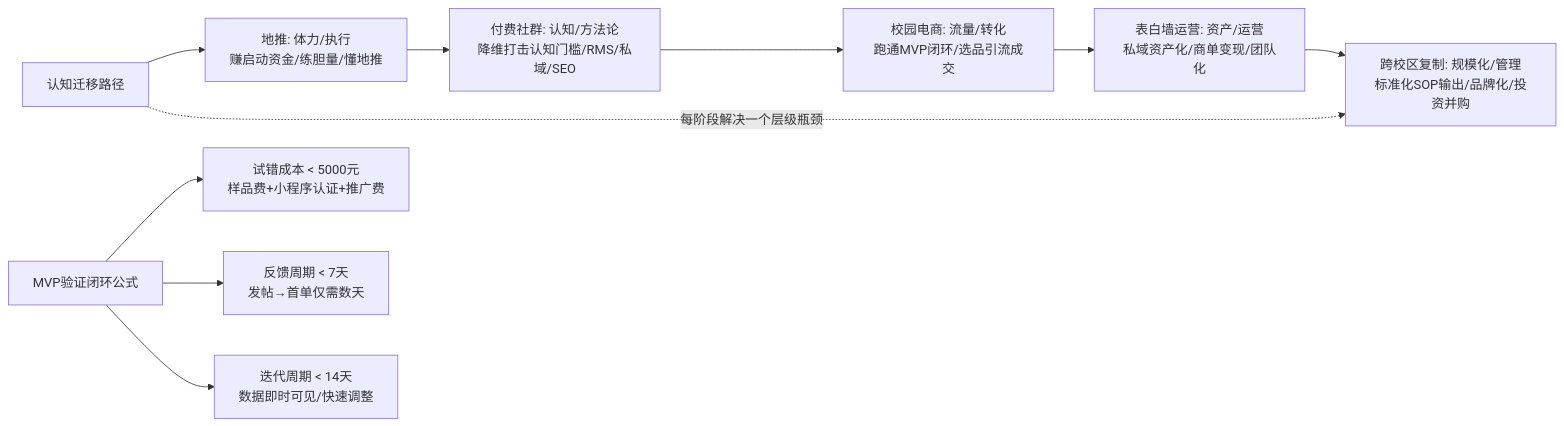
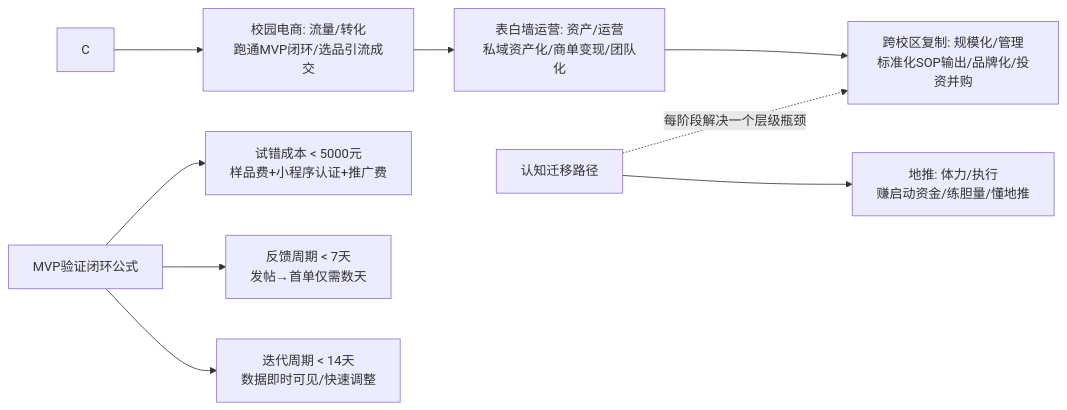
Before and after one commit to OpenDocCN1/flygon-zhuanqian-zhoubao: diagram 11 of 20 in docs/202303_paper2textbook/asset/body_fix_2a77581c5af5cacf2c736ac308a8f564_4c9e76ce0d66eb1d0f6eb56ae81b920f_1ad407b61a7df26dbe675c33f863b99d_b45ecdf777756e9875ab13be7b2caeb9.md, drawn with Mermaid. The commit also changed other lines of this file and 14991 other files, not shown here.

````diff
--- a/docs/202303_paper2textbook/asset/body_fix_2a77581c5af5cacf2c736ac308a8f564_4c9e76ce0d66eb1d0f6eb56ae81b920f_1ad407b61a7df26dbe675c33f863b99d_b45ecdf777756e9875ab13be7b2caeb9.md
+++ b/docs/202303_paper2textbook/asset/body_fix_2a77581c5af5cacf2c736ac308a8f564_4c9e76ce0d66eb1d0f6eb56ae81b920f_1ad407b61a7df26dbe675c33f863b99d_b45ecdf777756e9875ab13be7b2caeb9.md
@@ -602,14 +597,13 @@
 ```mermaid
 graph LR
     A[认知迁移路径] --> B[地推: 体力/执行<br/>赚启动资金/练胆量/懂地推]
-    B --> C[付费社群: 认知/方法论<br/>降维打击认知门槛/RMS/私域/SEO]
     C --> D[校园电商: 流量/转化<br/>跑通MVP闭环/选品引流成交]
     D --> E[表白墙运营: 资产/运营<br/>私域资产化/商单变现/团队化]
     E --> F[跨校区复制: 规模化/管理<br/>标准化SOP输出/品牌化/投资并购]
     
     A -.->|每阶段解决一个层级瓶颈| F
     
     A1[MVP验证闭环公式] --> A2[试错成本 < 5000元<br/>样品费+小程序认证+推广费]
     A1 --> A3[反馈周期 < 7天<br/>发帖→首单仅需数天]
     A1 --> A4[迭代周期 < 14天<br/>数据即时可见/快速调整]
 ```
````
